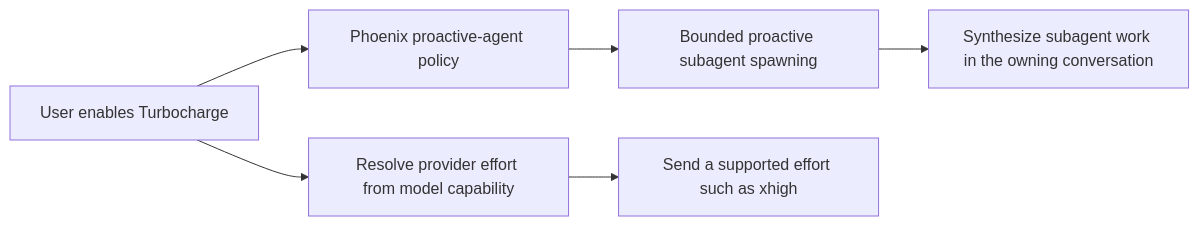
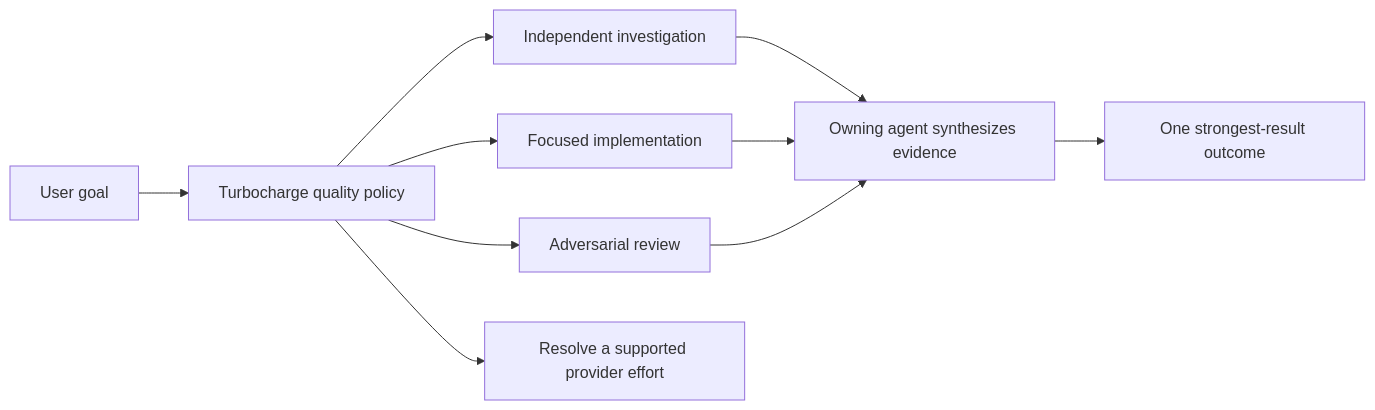
One commit to scottopell/phoenix-ide changed the diagram in tasks/97004-p2-ready--evaluate-ultra-mode-for-phoenix-turbocha.md. Above: the diagram before and after it, drawn with Mermaid. The commit also changed other lines of this file, not shown here.

Commit message:
tasks: center Turbocharge on result quality

````diff
--- a/tasks/97004-p2-ready--evaluate-ultra-mode-for-phoenix-turbocha.md
+++ b/tasks/97004-p2-ready--evaluate-ultra-mode-for-phoenix-turbocha.md
@@ -31,8 +35,12 @@
 ```mermaid
 flowchart LR
-    U["User enables Turbocharge"] --> P["Phoenix proactive-agent policy"]
-    U --> R["Resolve provider effort from model capability"]
-    P --> A["Bounded proactive subagent spawning"]
-    R --> L["Send a supported effort such as xhigh"]
-    A --> S["Synthesize subagent work in the owning conversation"]
+    G["User goal"] --> T["Turbocharge quality policy"]
+    T --> I["Independent investigation"]
+    T --> W["Focused implementation"]
+    T --> R["Adversarial review"]
+    I --> S["Owning agent synthesizes evidence"]
+    W --> S
+    R --> S
+    S --> O["One strongest-result outcome"]
+    T --> E["Resolve a supported provider effort"]
 ```
````
